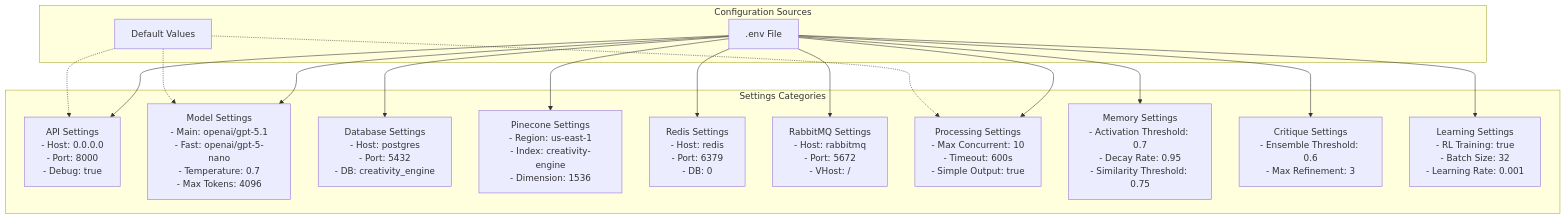
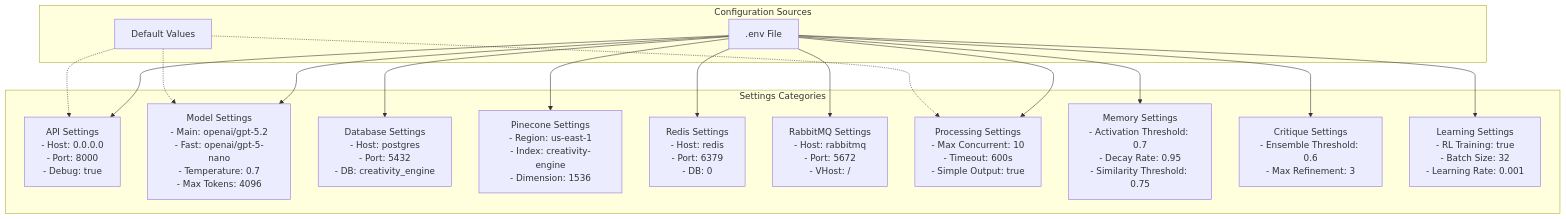
The fifth of 6 diagrams in diagram.md (jbrz0/creativity-engine), drawn with Mermaid before and after one commit. The commit also changed other lines of this file and 6 other files, not shown here.

````diff
--- a/diagram.md
+++ b/diagram.md
@@ -429,44 +429,44 @@
 ```mermaid
 graph TB
     subgraph "Configuration Sources"
         ENV[.env File]
         DEFAULTS[Default Values]
     end
 
     subgraph "Settings Categories"
         API_CFG["API Settings<br/>- Host: 0.0.0.0<br/>- Port: 8000<br/>- Debug: true"]
 
-        MODEL_CFG["Model Settings<br/>- Main: openai/gpt-5.1<br/>- Fast: openai/gpt-5-nano<br/>- Temperature: 0.7<br/>- Max Tokens: 4096"]
+        MODEL_CFG["Model Settings<br/>- Main: openai/gpt-5.2<br/>- Fast: openai/gpt-5-nano<br/>- Temperature: 0.7<br/>- Max Tokens: 4096"]
 
         DB_CFG["Database Settings<br/>- Host: postgres<br/>- Port: 5432<br/>- DB: creativity_engine"]
 
         VECTOR_CFG["Pinecone Settings<br/>- Region: us-east-1<br/>- Index: creativity-engine<br/>- Dimension: 1536"]
 
         CACHE_CFG["Redis Settings<br/>- Host: redis<br/>- Port: 6379<br/>- DB: 0"]
 
         QUEUE_CFG["RabbitMQ Settings<br/>- Host: rabbitmq<br/>- Port: 5672<br/>- VHost: /"]
 
         PROC_CFG["Processing Settings<br/>- Max Concurrent: 10<br/>- Timeout: 600s<br/>- Simple Output: true"]
 
         MEM_CFG["Memory Settings<br/>- Activation Threshold: 0.7<br/>- Decay Rate: 0.95<br/>- Similarity Threshold: 0.75"]
 
         CRIT_CFG["Critique Settings<br/>- Ensemble Threshold: 0.6<br/>- Max Refinement: 3"]
 
         RL_CFG["Learning Settings<br/>- RL Training: true<br/>- Batch Size: 32<br/>- Learning Rate: 0.001"]
     end
 
     ENV --> API_CFG
     ENV --> MODEL_CFG
     ENV --> DB_CFG
     ENV --> VECTOR_CFG
     ENV --> CACHE_CFG
     ENV --> QUEUE_CFG
     ENV --> PROC_CFG
     ENV --> MEM_CFG
     ENV --> CRIT_CFG
     ENV --> RL_CFG
 
     DEFAULTS -.-> API_CFG
     DEFAULTS -.-> MODEL_CFG
     DEFAULTS -.-> PROC_CFG
 ```
````
